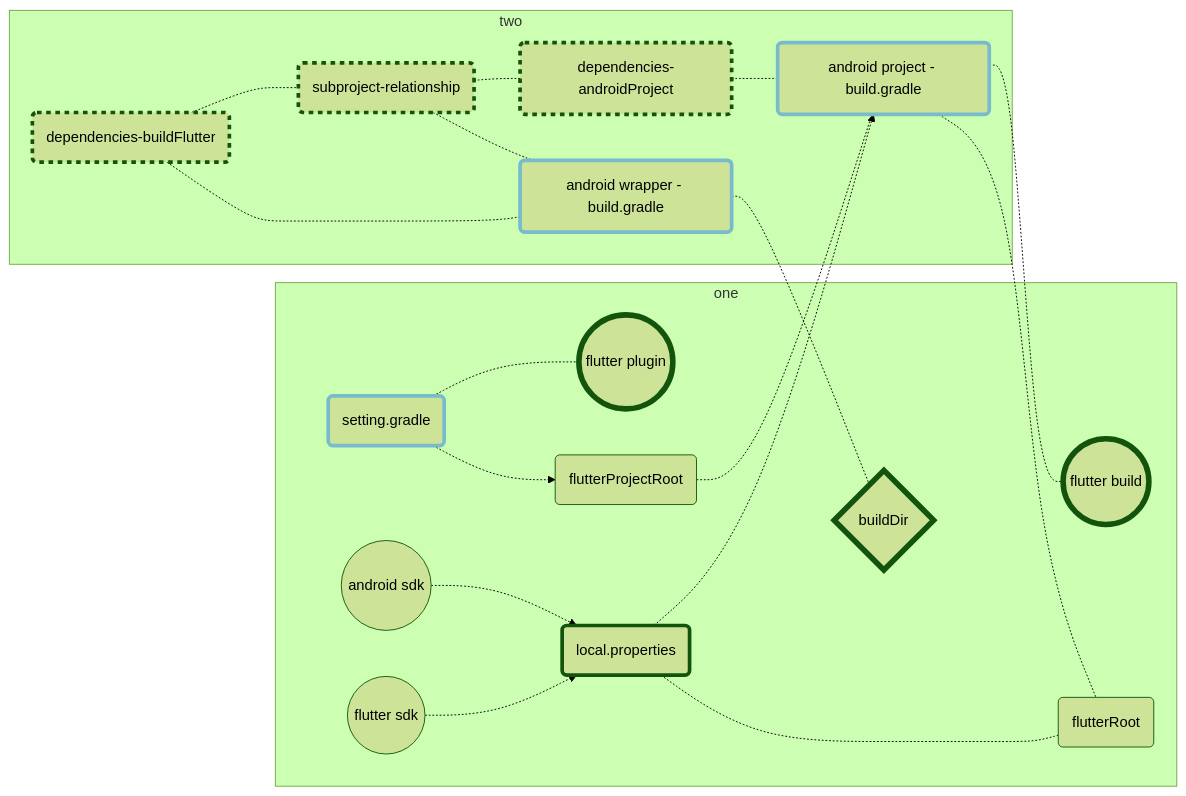
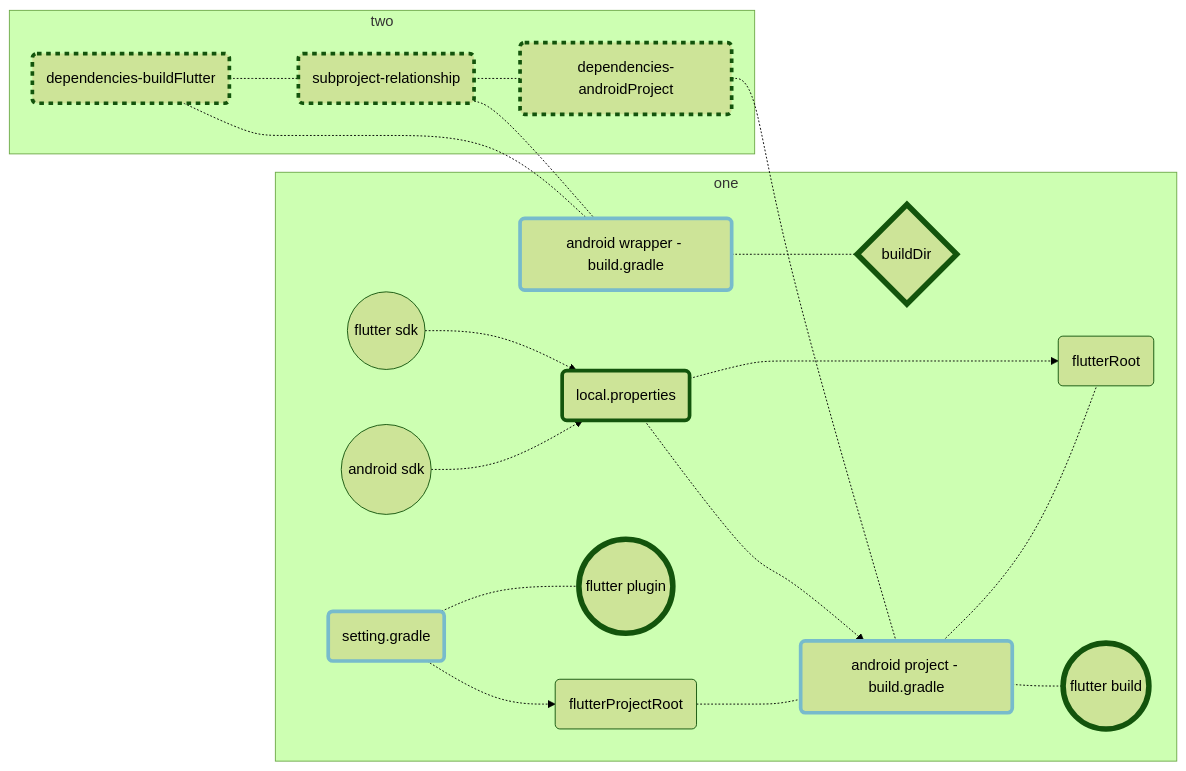
The second of 3 diagrams in flutter/addAndroidProjIntoFlutter.md (gordianknotC/nxp_note), drawn with Mermaid (forest theme) before and after one commit. The commit also changed other lines of this file, not shown here.

Commit message:
flutter/addAndroidProjIntoFlutter.md updated from https://stackedit.io/

````diff
--- a/flutter/addAndroidProjIntoFlutter.md
+++ b/flutter/addAndroidProjIntoFlutter.md
@@ -241,56 +241,56 @@
 ```mermaid
 graph LR
 	fdk((flutter sdk))
 	adk((android sdk))
 	
 	dfb{buildDir}
 	fbuild((flutter build))
 	fpgn((flutter plugin))
 	style fbuild stroke-width:6px   
 	style fpgn stroke-width:6px 
 	style dfb stroke-width:6px 
 	
 	loc(local.properties)
 	style loc stroke-width:4px   
 	
 	set(setting.gradle)
 	b1(android wrapper - build.gradle)
 	b2(android project - build.gradle)
 	style b1 stroke-width:4px, stroke:#7bc
 	style b2 stroke-width:4px, stroke:#7bc
 	style set stroke-width:4px, stroke:#7bc
 
 	dfr(flutterRoot)
 	dfp(flutterProjectRoot)
 	
 	
 	dandroid(dependencies-androidProject)
 	dflutter(dependencies-buildFlutter)
 	dsub(subproject-relationship)
 	style dandroid stroke-width:4px, stroke-dasharray: 5
 	style dflutter stroke-width:4px, stroke-dasharray: 5
 	style dsub stroke-width:4px, stroke-dasharray: 5
 	
-	subgraph two
-		dandroid -.- b2
-		dflutter -.- b1
-		dsub -.- b1
-		dflutter -.- dsub
-		dsub-.- dandroid
-	end
-	subgraph one
-		b2 -.- fbuild
-		fdk -.-> loc
-		adk -.-> loc
-		loc -.-> b2
-		loc -.- dfr
-		b2 -.- dfr
-		dfp -.- b2
-		set-.->dfp
-		set -.- fpgn
-		
-		b1 -.- dfb
-	end
 	
+subgraph one
+	b2 -.- fbuild
+	fdk -.-> loc
+	adk -.-> loc
+	loc -.-> b2
+	loc -.-> dfr
+	b2 -.- dfr
+	dfp -.- b2
+	set-.->dfp
+	set -.- fpgn
 	
+	b1 -.- dfb
+end
+
+subgraph two
+	dandroid -.- b2
+	dflutter -.- b1
+	dsub -.- b1
+	dflutter -.- dsub
+	dsub-.- dandroid
+end
 ```
````
